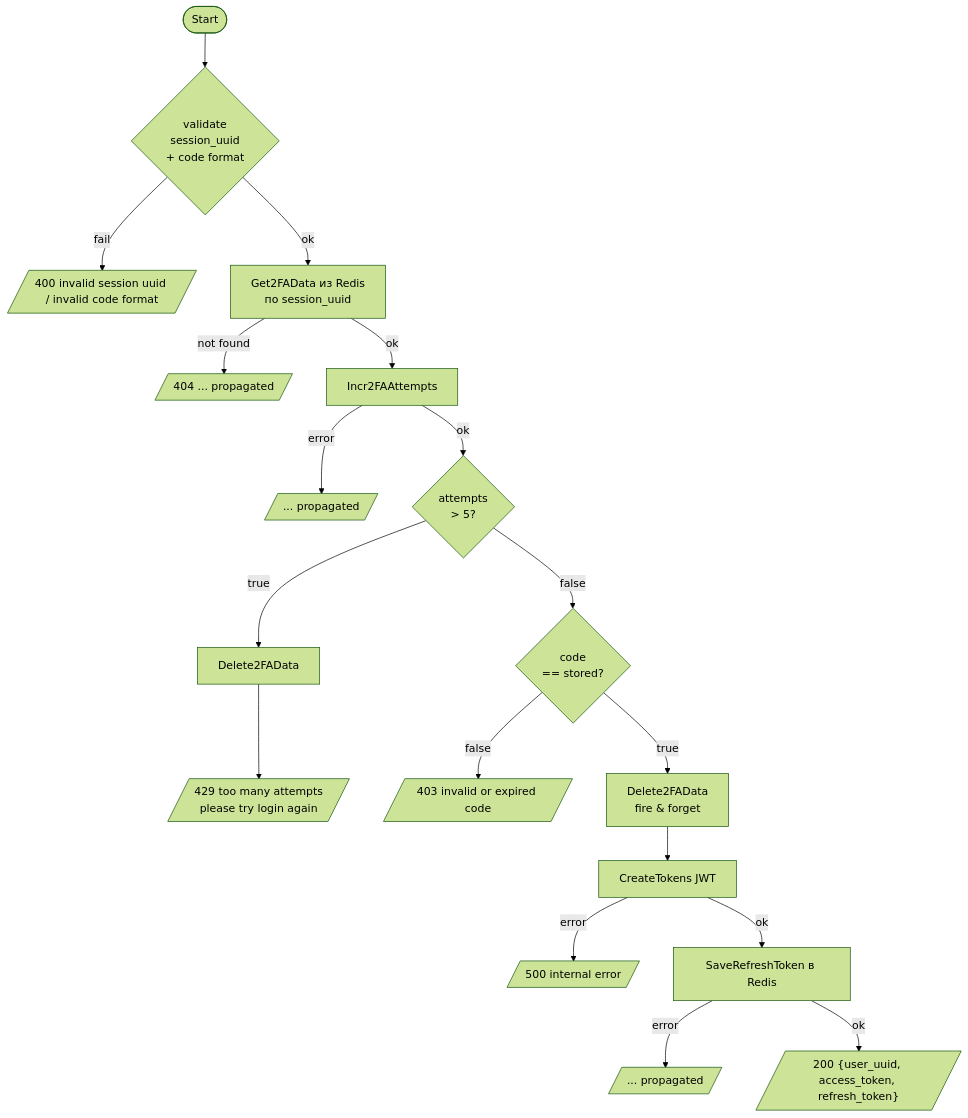
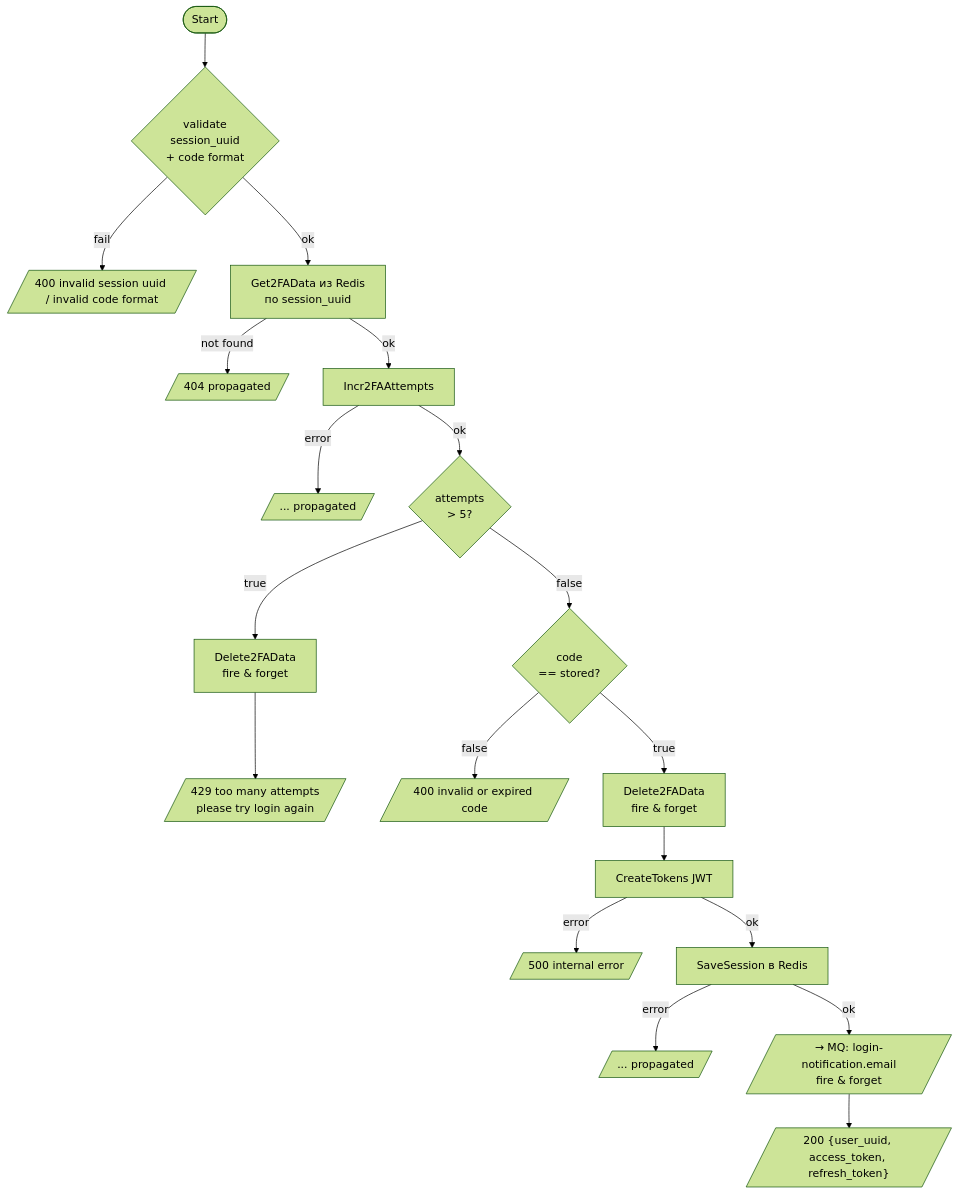
The ninth of 10 diagrams in backend/auth/docs/flows.md (unwelcome/FrameWorkTask1), drawn with Mermaid (forest theme) before and after one commit. The commit also changed other lines of this file and 18 other files, not shown here.

Commit message:
review(auth_service): rename tokens methods to sessions methods, with a sole exception of RefreshToken, of course

````diff
--- a/backend/auth/docs/flows.md
+++ b/backend/auth/docs/flows.md
@@ -165,25 +286,26 @@
 ```mermaid
 flowchart TD
     A([Start]) --> V1{validate\nsession_uuid\n+ code format}
     V1 -->|fail| E1[/"400 invalid session uuid / invalid code format"/]
 
     V1 -->|ok| RD1[Get2FAData из Redis\nпо session_uuid]
-    RD1 -->|not found| E2[/"404 ... propagated"/]
+    RD1 -->|not found| E2[/"404 propagated"/]
 
     RD1 -->|ok| INC[Incr2FAAttempts]
     INC -->|error| E3[/"... propagated"/]
 
     INC -->|ok| ATT{attempts\n> 5?}
-    ATT -->|true| DEL1[Delete2FAData]
+    ATT -->|true| DEL1[Delete2FAData\nfire & forget]
     DEL1 --> E4[/"429 too many attempts\nplease try login again"/]
 
     ATT -->|false| CMP{code\n== stored?}
-    CMP -->|false| E5[/"403 invalid or expired code"/]
+    CMP -->|false| E5[/"400 invalid or expired code"/]
 
     CMP -->|true| DEL2[Delete2FAData\nfire & forget]
     DEL2 --> TK[CreateTokens JWT]
     TK -->|error| E6[/"500 internal error"/]
-    TK -->|ok| RD2[SaveRefreshToken в Redis]
+    TK -->|ok| RD2[SaveSession в Redis]
     RD2 -->|error| E7[/"... propagated"/]
-    RD2 -->|ok| OK[/"200 {user_uuid, access_token, refresh_token}"/]
+    RD2 -->|ok| MQ[/"→ MQ: login-notification.email\nfire & forget"/]
+    MQ --> OK[/"200 {user_uuid, access_token, refresh_token}"/]
 ```
````
